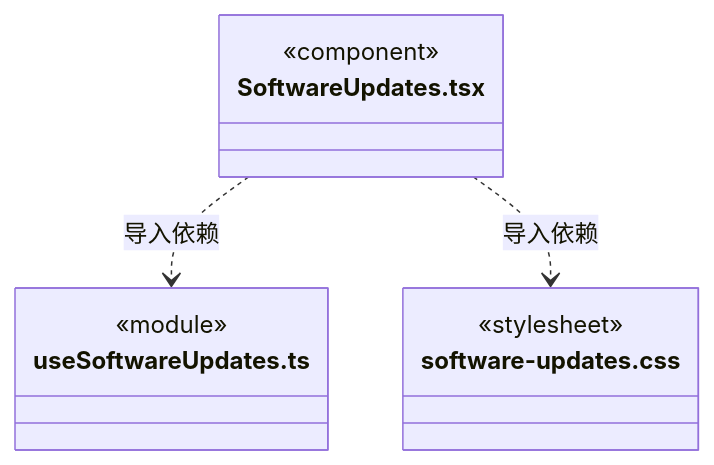
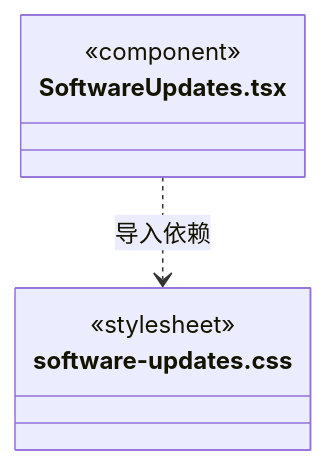
Before and after one commit to nan023062/cbim: the eighth of 8 diagrams in src/frontend/updates/ARCHITECTURE.md, drawn with Mermaid. The commit also changed other lines of this file and 20 other files, not shown here.

````diff
--- a/src/frontend/updates/ARCHITECTURE.md
+++ b/src/frontend/updates/ARCHITECTURE.md
@@ -76,14 +125,10 @@
 ```mermaid
 classDiagram
 class N_src_frontend_updates_SoftwareUpdates_tsx["SoftwareUpdates.tsx"] {
   <<component>>
 }
-class N_src_frontend_updates_useSoftwareUpdates_ts["useSoftwareUpdates.ts"] {
-  <<module>>
-}
 class N_src_frontend_updates_software_updates_css["software-updates.css"] {
   <<stylesheet>>
 }
-N_src_frontend_updates_SoftwareUpdates_tsx ..> N_src_frontend_updates_useSoftwareUpdates_ts : 导入依赖
 N_src_frontend_updates_SoftwareUpdates_tsx ..> N_src_frontend_updates_software_updates_css : 导入依赖
 ```
````
